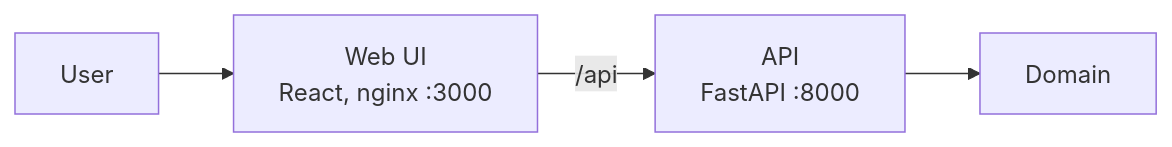
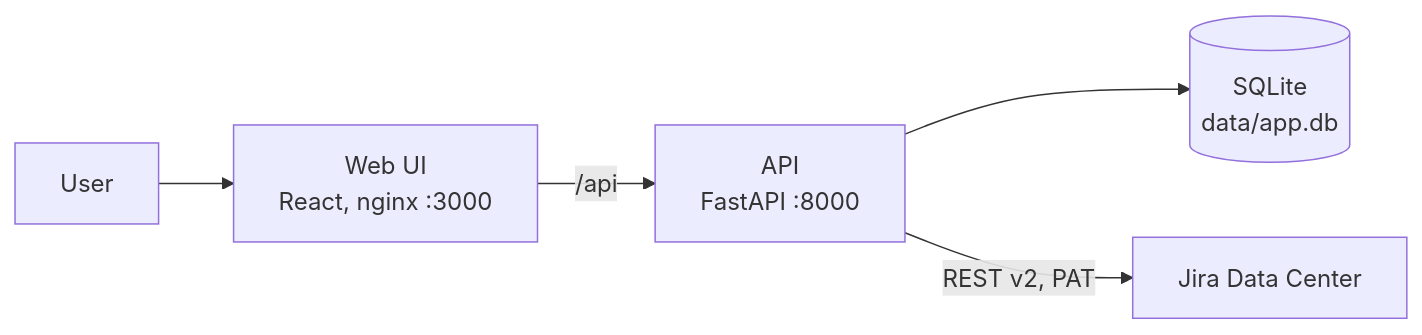
One commit to Smacktur/drawhl changed the first of 2 diagrams in docs/architecture.md. Above: the diagram before and after it, drawn with Mermaid. The commit also changed other lines of this file and 10 other files, not shown here.

First line of the commit message:
docs: README, architecture and CalVer release process

````diff
--- a/docs/architecture.md
+++ b/docs/architecture.md
@@ -5,6 +5,7 @@
 ```mermaid
 flowchart LR
   User --> UI[Web UI<br/>React, nginx :3000]
   UI -->|/api| API[API<br/>FastAPI :8000]
-  API --> D[Domain]
+  API --> DB[(SQLite<br/>data/app.db)]
+  API -->|REST v2, PAT| Jira[Jira Data Center]
 ```
````
